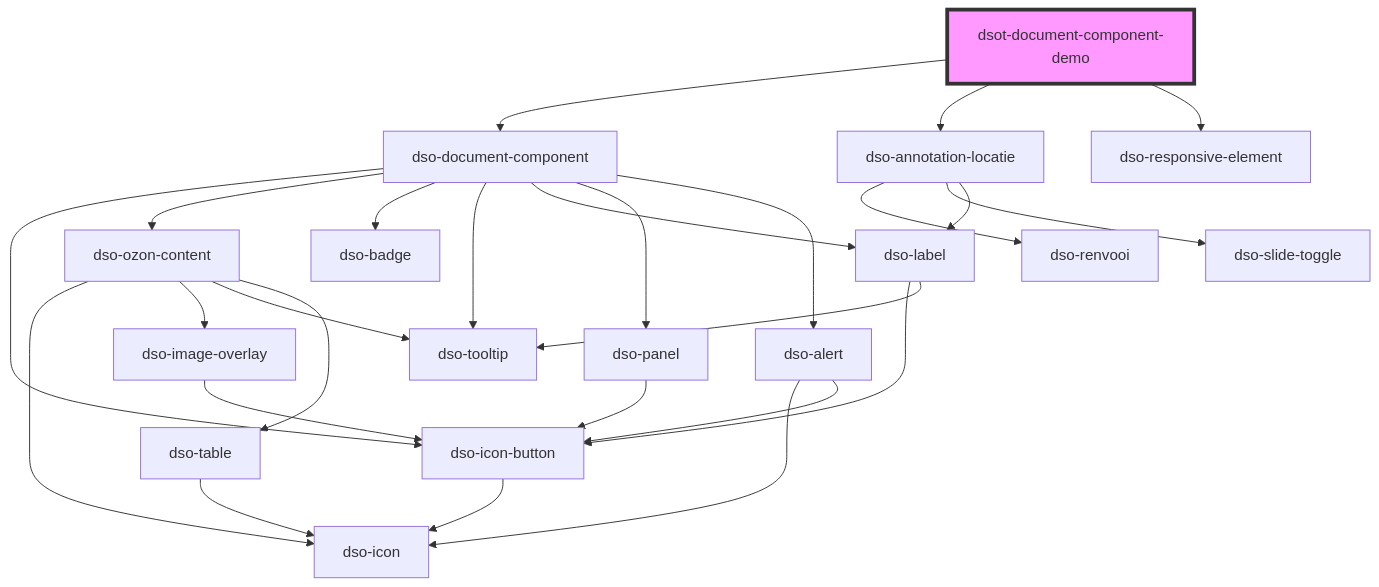
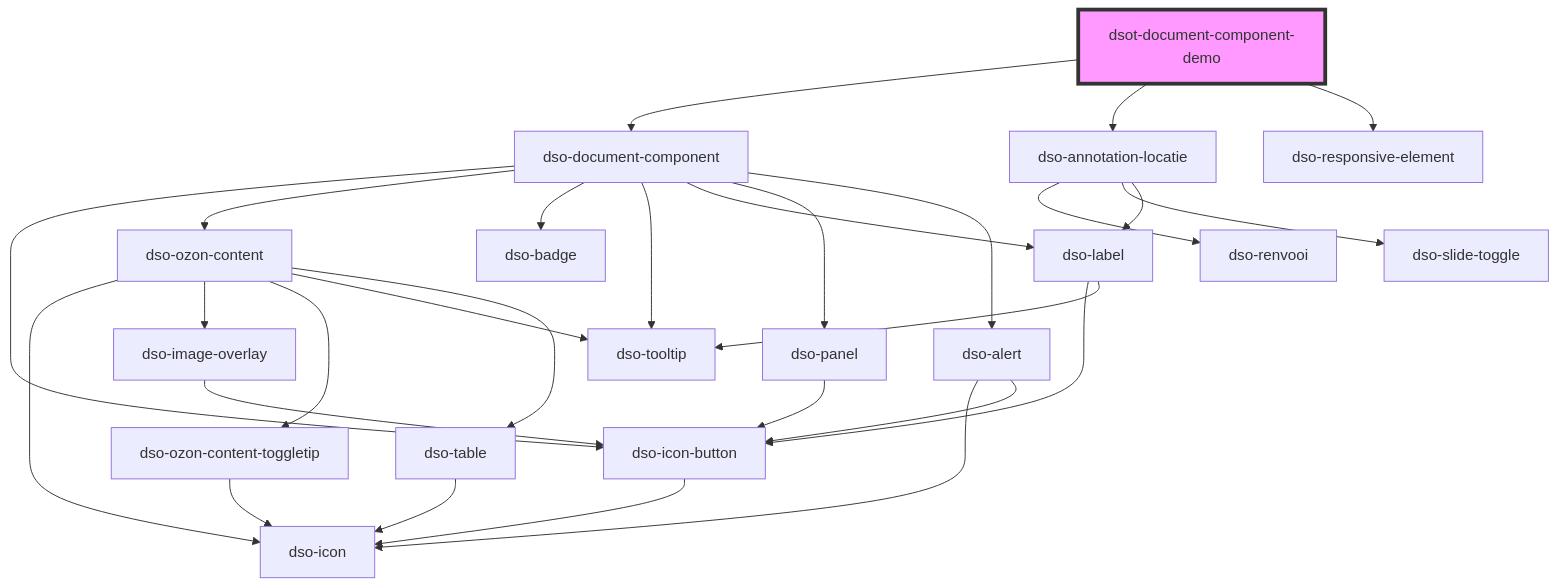
The diagram in packages/core/src/components/document-component-demo/readme.md (dso-toolkit/dso-toolkit), drawn with Mermaid before and after one commit. The commit also changed 22 other files, not shown here.

````diff
--- a/packages/core/src/components/document-component-demo/readme.md
+++ b/packages/core/src/components/document-component-demo/readme.md
@@ -37,29 +37,31 @@
 ```mermaid
 graph TD;
   dsot-document-component-demo --> dso-document-component
   dsot-document-component-demo --> dso-annotation-locatie
   dsot-document-component-demo --> dso-responsive-element
   dso-document-component --> dso-icon-button
   dso-document-component --> dso-ozon-content
   dso-document-component --> dso-badge
   dso-document-component --> dso-tooltip
   dso-document-component --> dso-label
   dso-document-component --> dso-panel
   dso-document-component --> dso-alert
   dso-icon-button --> dso-icon
   dso-ozon-content --> dso-icon
   dso-ozon-content --> dso-image-overlay
+  dso-ozon-content --> dso-ozon-content-toggletip
   dso-ozon-content --> dso-tooltip
   dso-ozon-content --> dso-table
   dso-image-overlay --> dso-icon-button
+  dso-ozon-content-toggletip --> dso-icon
   dso-table --> dso-icon
   dso-label --> dso-icon-button
   dso-label --> dso-tooltip
   dso-panel --> dso-icon-button
   dso-alert --> dso-icon
   dso-alert --> dso-icon-button
   dso-annotation-locatie --> dso-renvooi
   dso-annotation-locatie --> dso-slide-toggle
   dso-annotation-locatie --> dso-label
   style dsot-document-component-demo fill:#f9f,stroke:#333,stroke-width:4px
 ```
````
